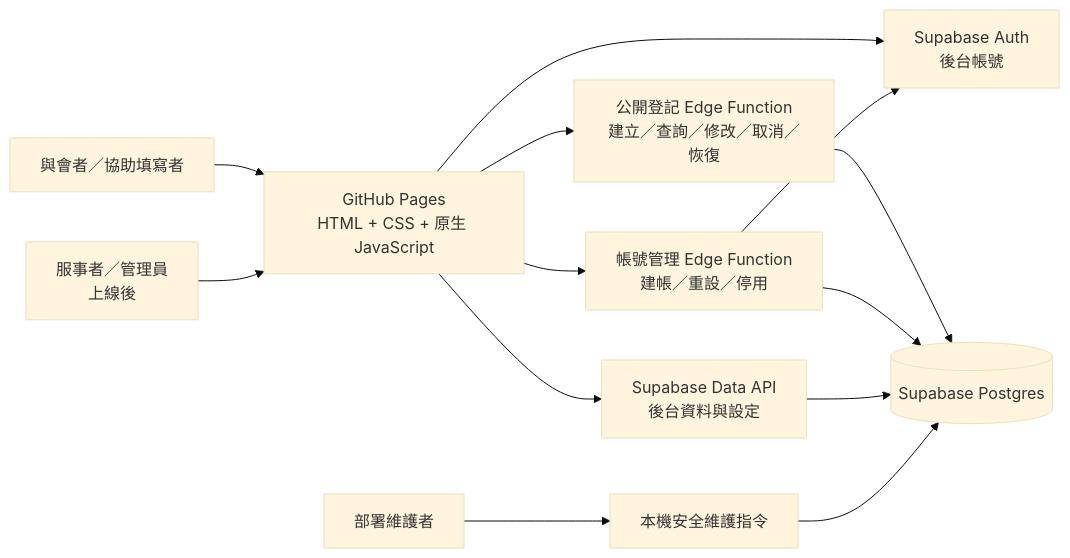
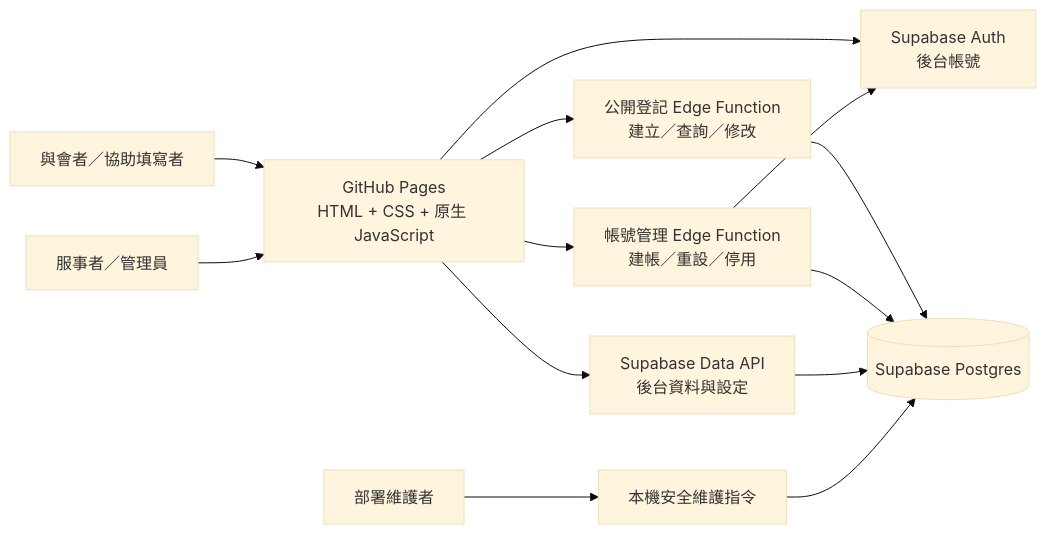
Before and after one commit to Danny3766/ictc-2027-registration: the diagram in docs/系統架構規劃.md, drawn with Mermaid (base theme). The commit also changed other lines of this file and 6 other files, not shown here.

````diff
--- a/docs/系統架構規劃.md
+++ b/docs/系統架構規劃.md
@@ -34,15 +36,15 @@
 ```mermaid
 flowchart LR
     Visitor[與會者／協助填寫者] --> Pages[GitHub Pages<br/>HTML + CSS + 原生 JavaScript]
-    Staff[服事者／管理員<br/>上線後] --> Pages
+    Staff[服事者／管理員] --> Pages
     Maintainer[部署維護者] --> Maintenance[本機安全維護指令]
     Pages --> Auth[Supabase Auth<br/>後台帳號]
-    Pages --> PublicFn[公開登記 Edge Function<br/>建立／查詢／修改／取消／恢復]
+    Pages --> PublicFn[公開登記 Edge Function<br/>建立／查詢／修改]
     Pages --> AdminFn[帳號管理 Edge Function<br/>建帳／重設／停用]
     Pages --> DataAPI[Supabase Data API<br/>後台資料與設定]
     PublicFn --> DB[(Supabase Postgres)]
     AdminFn --> Auth
     AdminFn --> DB
     DataAPI --> DB
     Maintenance --> DB
 ```
````
